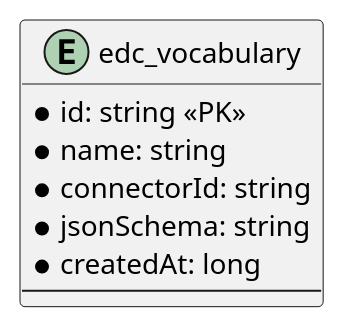
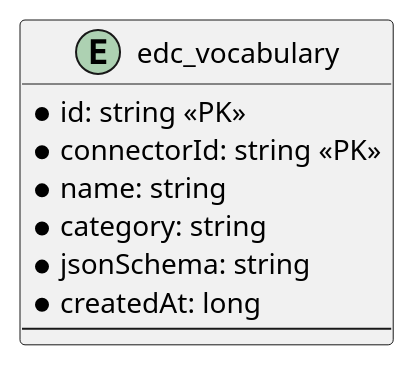
The diagram in extensions/vocabulary-index-sql/docs/er.puml (oeg-upm/inesdata-connector), drawn with PlantUML before and after one commit. The commit also changed 20 other files, not shown here.

```diff
--- a/extensions/vocabulary-index-sql/docs/er.puml
+++ b/extensions/vocabulary-index-sql/docs/er.puml
@@ -1,10 +1,11 @@
 @startuml
 entity edc_vocabulary {
   * id: string <<PK>>
+  * connectorId: string <<PK>>
   * name: string
-  * connectorId: string
+  * category: string
   * jsonSchema: string
   * createdAt: long
   --
 }
 @enduml
```
